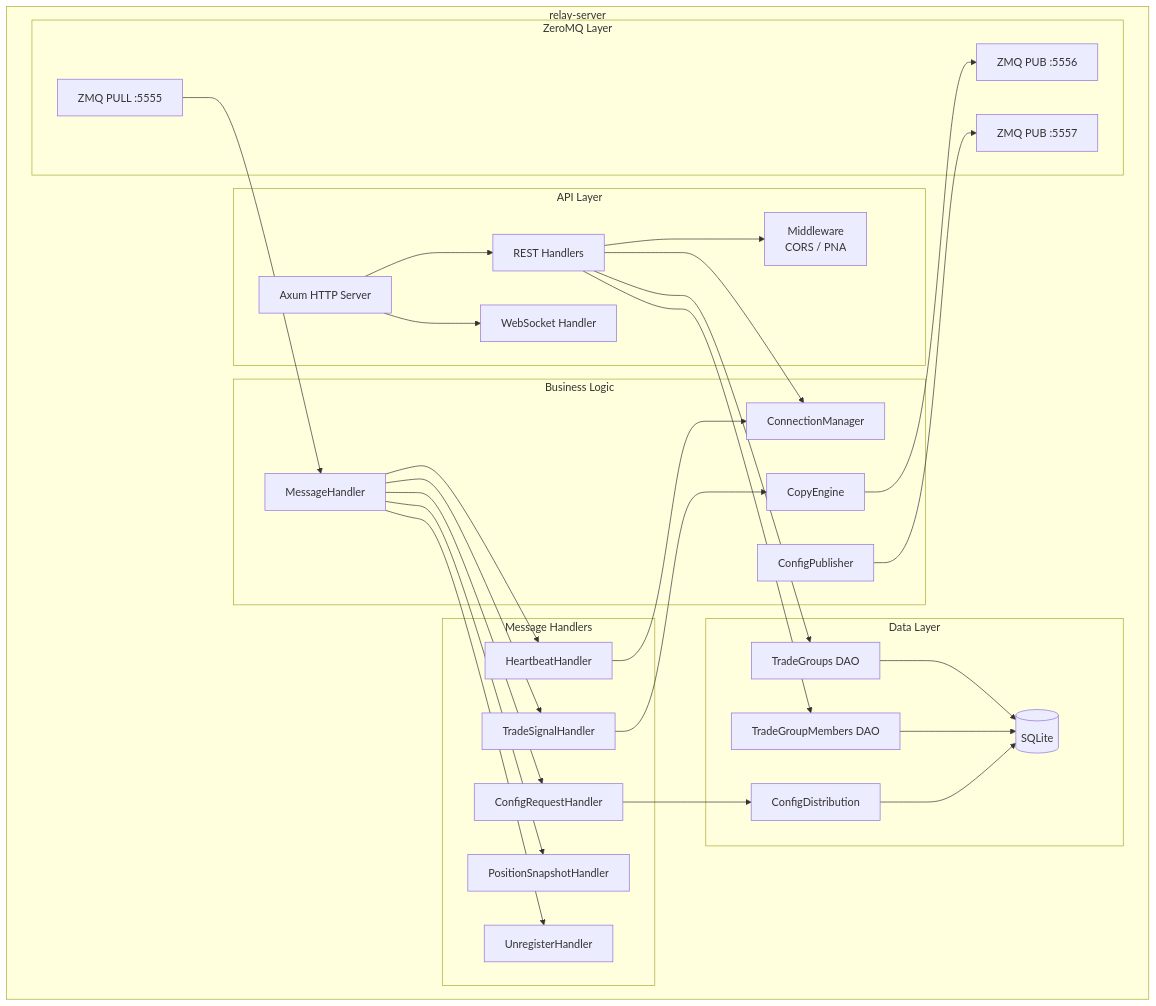
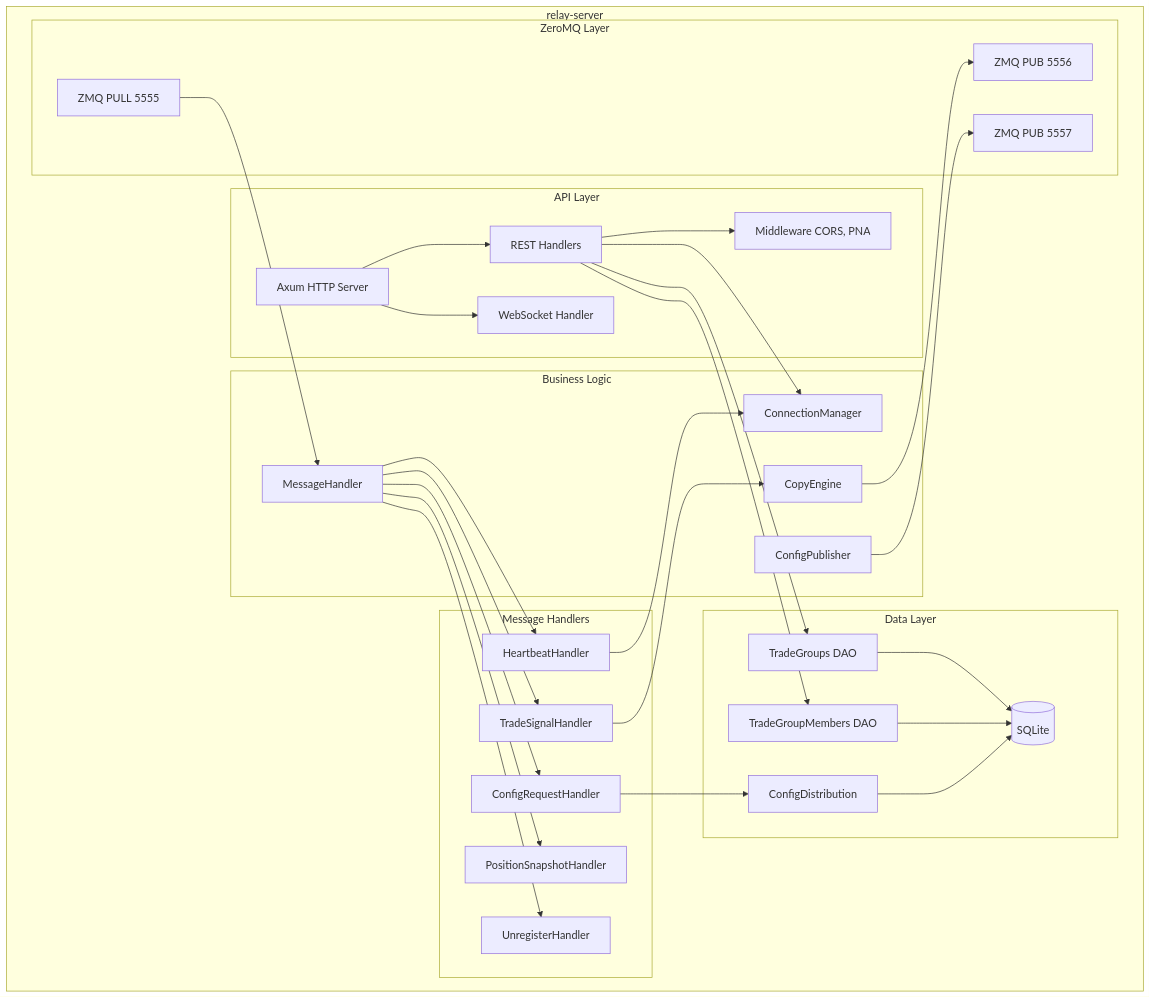
Before and after one commit to poruru210/sankey-copier: the sixth of 13 diagrams in docs/README.md, drawn with Mermaid. The commit also changed other lines of this file, not shown here.

First line of the commit message:
fix: mermaid構文エラーを修正

````diff
--- a/docs/README.md
+++ b/docs/README.md
@@ -233,63 +232,63 @@
 ```mermaid
 graph TB
-    subgraph "relay-server"
-        subgraph "API Layer"
-            AXUM[Axum HTTP Server]
-            REST[REST Handlers]
-            WS[WebSocket Handler]
-            MW[Middleware<br/>CORS / PNA]
+    subgraph relay["relay-server"]
+        subgraph api_layer["API Layer"]
+            AXUM["Axum HTTP Server"]
+            REST["REST Handlers"]
+            WS["WebSocket Handler"]
+            MW["Middleware CORS, PNA"]
         end
 
-        subgraph "Business Logic"
-            MH[MessageHandler]
-            CE[CopyEngine]
-            CM[ConnectionManager]
-            CP[ConfigPublisher]
+        subgraph business["Business Logic"]
+            MH["MessageHandler"]
+            CE["CopyEngine"]
+            CM["ConnectionManager"]
+            CP["ConfigPublisher"]
         end
 
-        subgraph "Message Handlers"
-            HB[HeartbeatHandler]
-            TS[TradeSignalHandler]
-            CR[ConfigRequestHandler]
-            PS[PositionSnapshotHandler]
-            UR[UnregisterHandler]
+        subgraph msg_handlers["Message Handlers"]
+            HB["HeartbeatHandler"]
+            TS["TradeSignalHandler"]
+            CR["ConfigRequestHandler"]
+            PS["PositionSnapshotHandler"]
+            UR["UnregisterHandler"]
         end
 
-        subgraph "Data Layer"
-            DB[(SQLite)]
-            TG[TradeGroups DAO]
-            TGM[TradeGroupMembers DAO]
-            CD[ConfigDistribution]
+        subgraph data_layer["Data Layer"]
+            DB[("SQLite")]
+            TG["TradeGroups DAO"]
+            TGM["TradeGroupMembers DAO"]
+            CD["ConfigDistribution"]
         end
 
-        subgraph "ZeroMQ Layer"
-            PULL[ZMQ PULL :5555]
-            PUB_T[ZMQ PUB :5556]
-            PUB_C[ZMQ PUB :5557]
+        subgraph zmq_layer["ZeroMQ Layer"]
+            PULL["ZMQ PULL 5555"]
+            PUB_T["ZMQ PUB 5556"]
+            PUB_C["ZMQ PUB 5557"]
         end
 
         AXUM --> REST
         AXUM --> WS
         REST --> MW
         REST --> TG
         REST --> TGM
         REST --> CM
 
         PULL --> MH
         MH --> HB
         MH --> TS
         MH --> CR
         MH --> PS
         MH --> UR
 
         HB --> CM
         TS --> CE
         CR --> CD
         CE --> PUB_T
         CP --> PUB_C
 
         TG --> DB
         TGM --> DB
         CD --> DB
     end
 ```
````
